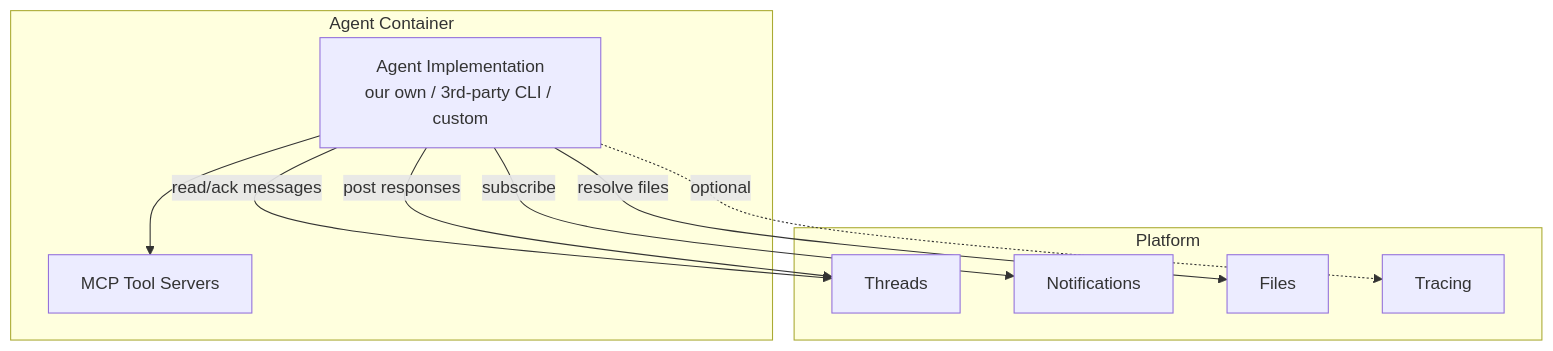
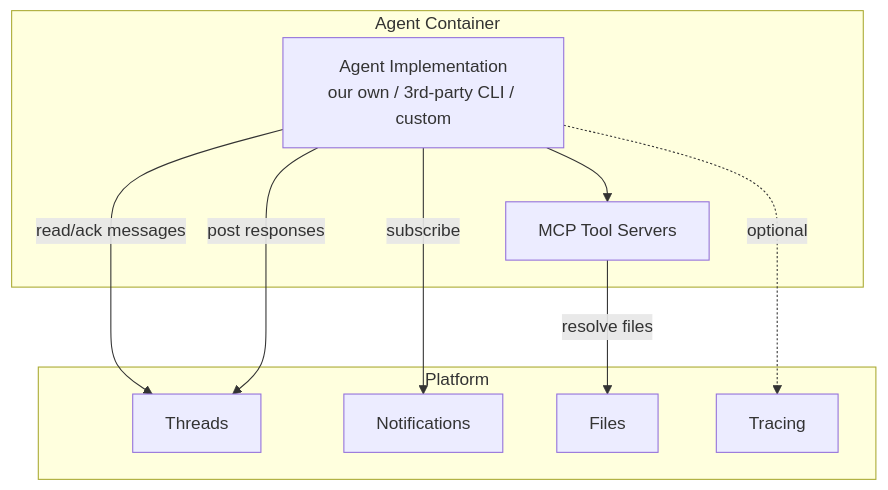
One commit to agynio/architecture changed the first of 4 diagrams in architecture/agent/overview.md. Above: the diagram before and after it, drawn with Mermaid. The commit also changed other lines of this file and 7 other files, not shown here.

First line of the commit message:
docs: add agyn-files-mcp server and file-to-LLM flow

````diff
--- a/architecture/agent/overview.md
+++ b/architecture/agent/overview.md
@@ -13,21 +13,21 @@
 ```mermaid
 graph TB
     subgraph "Agent Container"
         Impl[Agent Implementation<br/>our own / 3rd-party CLI / custom]
         MCP[MCP Tool Servers]
         Impl --> MCP
     end
 
     subgraph Platform
         Threads
         Notifications
         Files
         Tracing
     end
 
     Impl -->|read/ack messages| Threads
     Impl -->|post responses| Threads
-    Impl -->|resolve files| Files
+    MCP -->|resolve files| Files
     Impl -->|subscribe| Notifications
     Impl -.->|optional| Tracing
 ```
````
